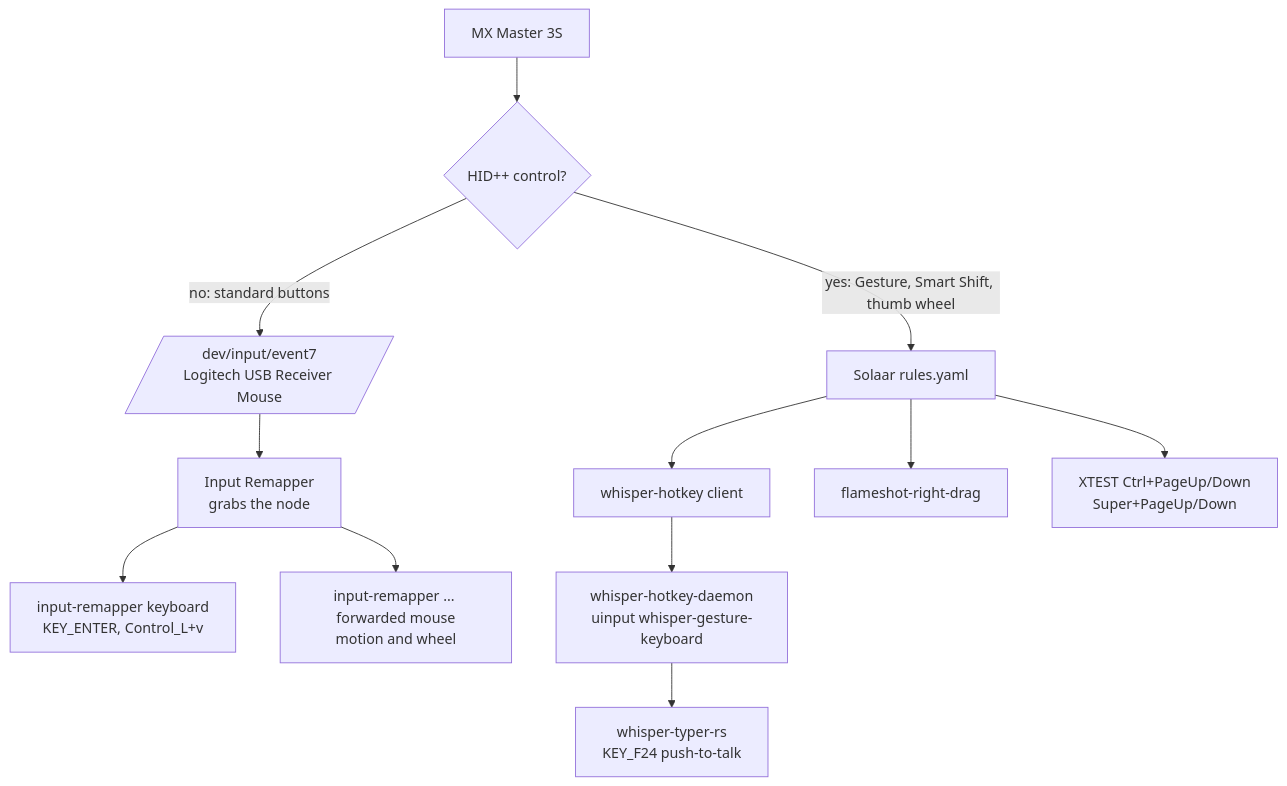
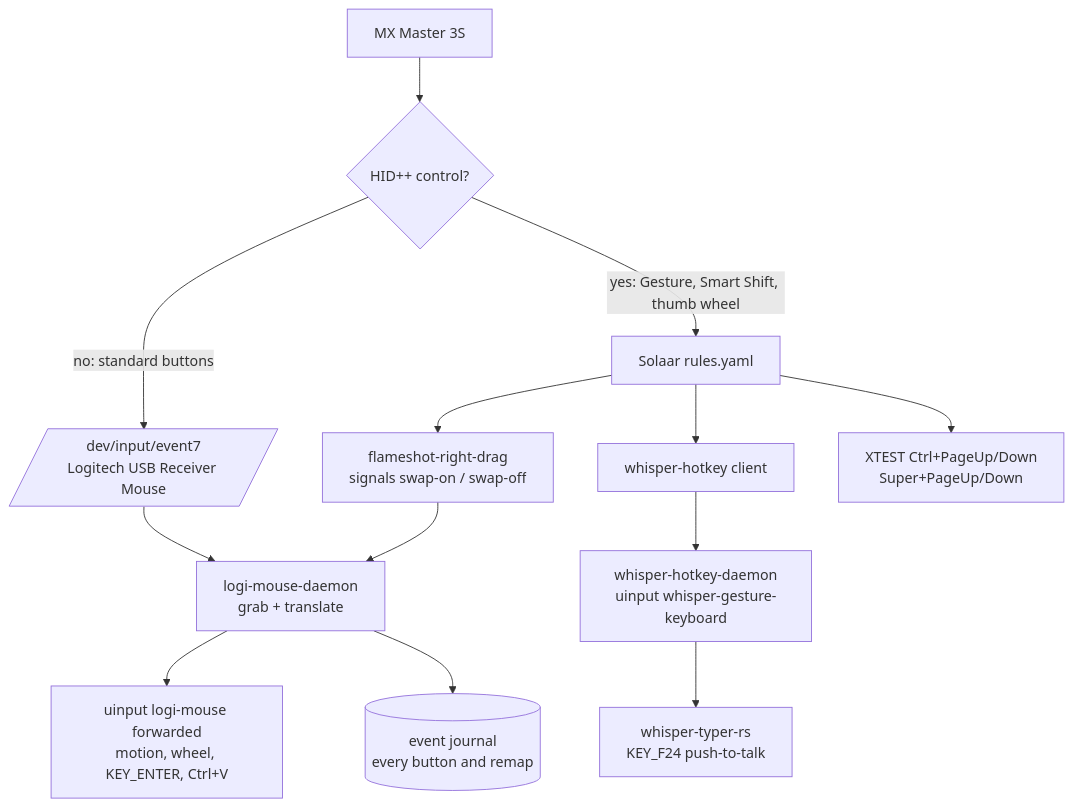
One commit to Mizzlr/whisper-typer changed the diagram in docs/MOUSE_INPUT_STACK.md. Above: the diagram before and after it, drawn with Mermaid. The commit also changed other lines of this file and 11 other files, not shown here.

First line of the commit message:
feat(mouse): replace Input Remapper with logi-mouse-daemon

````diff
--- a/docs/MOUSE_INPUT_STACK.md
+++ b/docs/MOUSE_INPUT_STACK.md
@@ -24,14 +30,15 @@
 ```mermaid
 flowchart TB
   A[MX Master 3S] --> B{HID++ control?}
   B -- no: standard buttons --> C[/dev/input/event7<br/>Logitech USB Receiver Mouse/]
-  C --> D[Input Remapper<br/>grabs the node]
-  D --> E[input-remapper keyboard<br/>KEY_ENTER, Control_L+v]
-  D --> F[input-remapper ... forwarded mouse<br/>motion and wheel]
+  C --> D[logi-mouse-daemon<br/>grab + translate]
+  D --> E[uinput logi-mouse forwarded<br/>motion, wheel, KEY_ENTER, Ctrl+V]
+  D --> F[(event journal<br/>every button and remap)]
   B -- yes: Gesture, Smart Shift, thumb wheel --> G[Solaar rules.yaml]
   G --> H[whisper-hotkey client]
   H --> I[whisper-hotkey-daemon<br/>uinput whisper-gesture-keyboard]
   I --> J[whisper-typer-rs<br/>KEY_F24 push-to-talk]
-  G --> K[flameshot-right-drag]
+  G --> K[flameshot-right-drag<br/>signals swap-on / swap-off]
+  K --> D
   G --> L[XTEST Ctrl+PageUp/Down<br/>Super+PageUp/Down]
 ```
````
